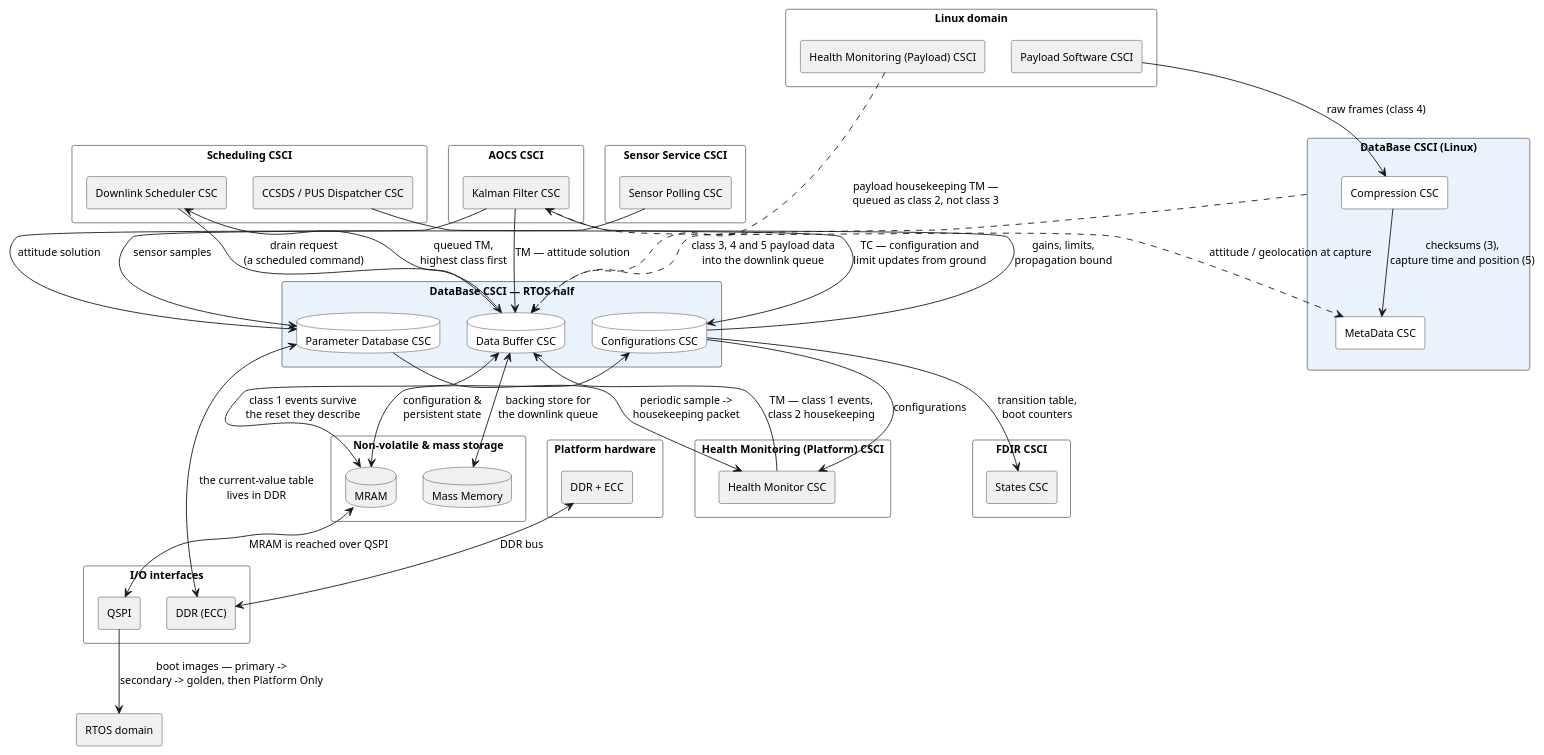
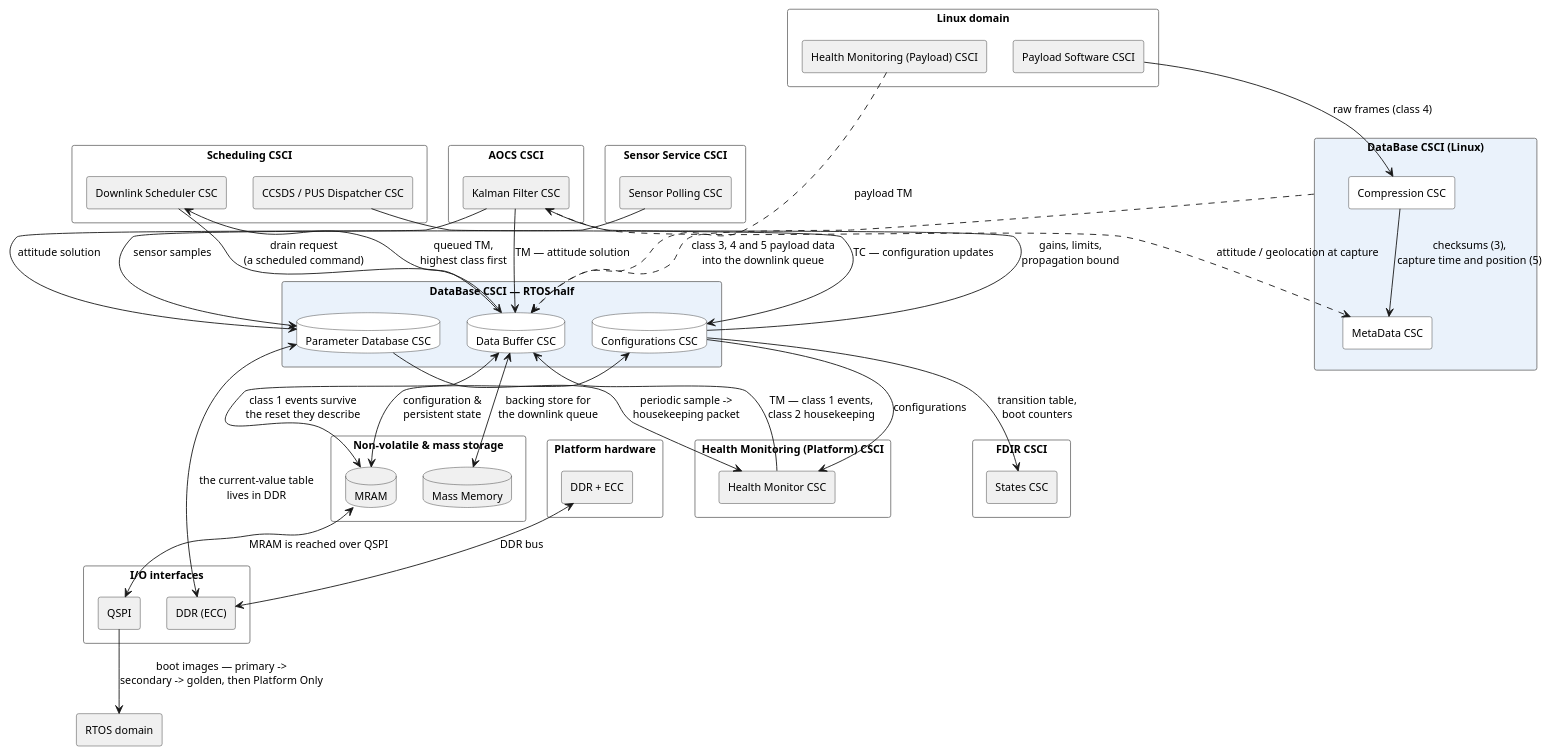
Before and after one commit to seapit/urban-memory: the diagram in docs/puml/obc-csci-database.puml, drawn with PlantUML. The commit also changed 2 other files, not shown here.

Commit message:
Shorten diagram edge labels

```diff
--- a/docs/puml/obc-csci-database.puml
+++ b/docs/puml/obc-csci-database.puml
@@ -1,99 +1,99 @@
 @startuml
 ' DataBase CSCI — the CSCI in full, with every relation that crosses its boundary.
 ' Everything drawn in grey is context: it is shown only far enough to say what
 ' this CSCI talks to. The whole picture is in obc-csci-full.puml.
 ' GENERATED from obc-csci-full.puml — edit that file, then re-run split.py.
 
 skinparam componentStyle rectangle
 skinparam packageStyle rectangle
 skinparam shadowing false
 skinparam nodesep 30
 skinparam ranksep 58
 skinparam defaultFontSize 12
 skinparam wrapWidth 240
 skinparam package {
   BackgroundColor #FFFFFF
   BorderColor #777777
 }
 skinparam component {
   BackgroundColor #FFFFFF
   BorderColor #333333
 }
 skinparam database {
   BackgroundColor #FFFFFF
   BorderColor #333333
 }
 
 ' ---------------------------------------------- the CSCI under view
 package "DataBase CSCI — RTOS half" as DBRT #EAF2FB {
   database "Data Buffer CSC" as DBUF
   database "Parameter Database CSC" as PDB
   database "Configurations CSC" as CFG
 }
 package "DataBase CSCI (Linux)" as DBLX #EAF2FB {
   component "Compression CSC" as COMP
   component "MetaData CSC" as META
 }
 
 ' ---------------------------------------------- context only
 package "Scheduling CSCI" as SCHED {
   component "CCSDS / PUS Dispatcher CSC" as CCSDS #F0F0F0
   component "Downlink Scheduler CSC" as DLSCHED #F0F0F0
 }
 package "FDIR CSCI" as FDIR {
   component "States CSC" as STATES #F0F0F0
 }
 package "AOCS CSCI" as AOCS {
   component "Kalman Filter CSC" as FILTER #F0F0F0
 }
 package "Health Monitoring (Platform) CSCI" as HM {
   component "Health Monitor CSC" as HMON #F0F0F0
 }
 package "Sensor Service CSCI" as SENS {
   component "Sensor Polling CSC" as POLL #F0F0F0
 }
 package "Non-volatile & mass storage" as STORE {
   database "Mass Memory" as MASS #F0F0F0
   database "MRAM" as MRAM #F0F0F0
 }
 package "I/O interfaces" as IFACE {
   component "DDR (ECC)" as DDRIF #F0F0F0
   component "QSPI" as QSPI #F0F0F0
 }
 package "Linux domain" as LINDOM {
   component "Payload Software CSCI" as PAY #F0F0F0
   component "Health Monitoring (Payload) CSCI" as PHM #F0F0F0
 }
 package "Platform hardware" as PHW {
   component "DDR + ECC" as DDR #F0F0F0
 }
 component "RTOS domain" as RTOSDOM #F0F0F0
 
 ' ---------------------------------------------- inside the CSCI
 COMP --> META : checksums (3),\ncapture time and position (5)
 
 ' ---------------------------------------------- across its boundary
 FILTER --> DBUF : TM — attitude solution
 HMON --> DBUF : TM — class 1 events,\nclass 2 housekeeping
-PHM ..> DBUF : payload housekeeping TM —\nqueued as class 2, not class 3
+PHM ..> DBUF : payload TM
 DLSCHED --> DBUF : drain request\n(a scheduled command)
 DBUF --> DLSCHED : queued TM,\nhighest class first
-CCSDS --> CFG : TC — configuration and\nlimit updates from ground
+CCSDS --> CFG : TC — configuration updates
 CFG --> STATES : transition table,\nboot counters
 CFG --> FILTER : gains, limits,\npropagation bound
 CFG --> HMON : configurations
 PDB --> HMON : periodic sample ->\nhousekeeping packet
 FILTER --> PDB : attitude solution
 POLL --> PDB : sensor samples
 DBUF <--> MASS : backing store for\nthe downlink queue
 DBUF <--> MRAM : class 1 events survive\nthe reset they describe
 CFG <--> MRAM : configuration &\npersistent state
 PDB <--> DDRIF : the current-value table\nlives in DDR
 PAY --> COMP : raw frames (class 4)
 FILTER ..> META : attitude / geolocation at capture
 DBLX ..> DBUF : class 3, 4 and 5 payload data\ninto the downlink queue
 MRAM <--> QSPI : MRAM is reached over QSPI
 DDR <--> DDRIF : DDR bus
 QSPI --> RTOSDOM : boot images — primary ->\nsecondary -> golden, then Platform Only
 
 @enduml
```
